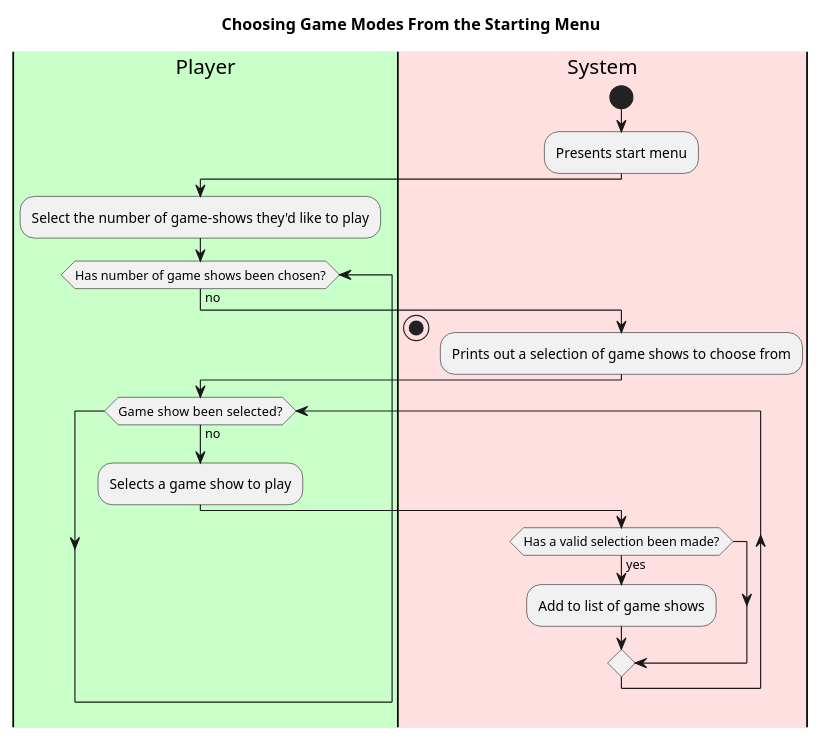
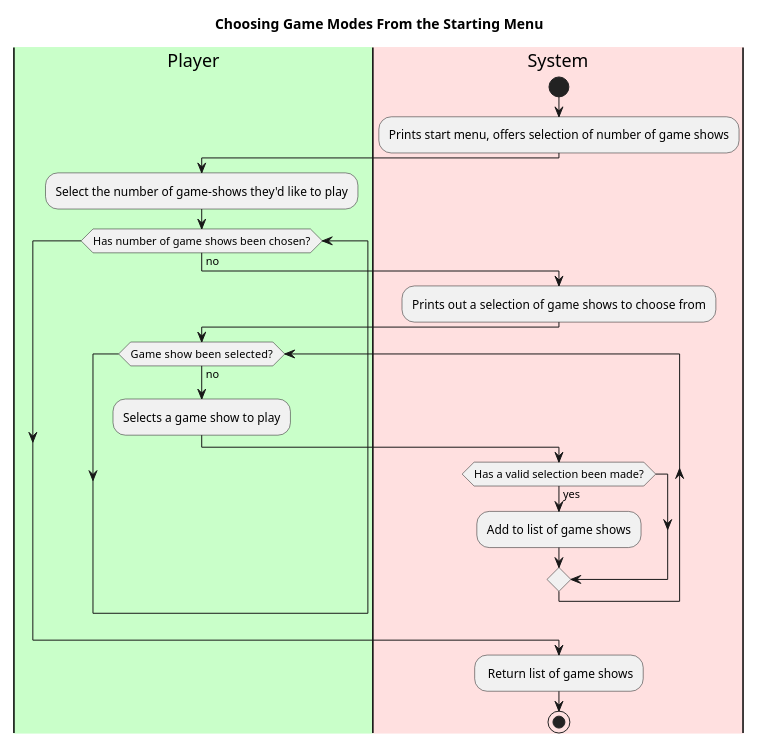
Before and after one commit to aczar09/Trivia-Game-Android: the second of 2 diagrams in doc/use-cases/use-cases-brief.md, drawn with PlantUML. The commit also changed other lines of this file and 5 other files, not shown here.

````diff
--- a/doc/use-cases/use-cases-brief.md
+++ b/doc/use-cases/use-cases-brief.md
@@ -124,29 +121,29 @@
 ```plantuml
 @startuml
 scale max 600 height
 title Choosing Game Modes From the Starting Menu
 'define swimlanes
 |#technology|Player|
 |#implementation|System|
 |System|
 start
-:Presents start menu;
+:Prints start menu, offers selection of number of game shows;
 |Player|
 :Select the number of game-shows they'd like to play;
 while(Has number of game shows been chosen?) is (no)
 |System|
 :Prints out a selection of game shows to choose from;
 |Player|
 while(Game show  been selected?) is (no)
 :Selects a game show to play;
 |System|
 if(Has a valid selection been made?) then (yes)
 :Add to list of game shows;
 endif
 end while
 endwhile
-
-stop
+: Return list of game shows;
+Stop
 
 @enduml
 ```
````
